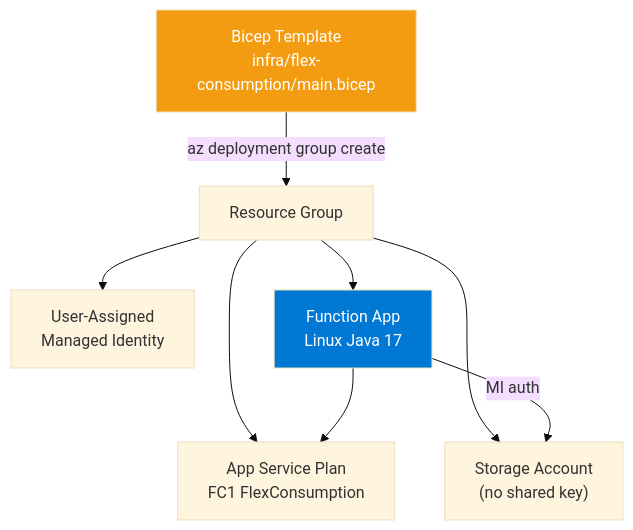
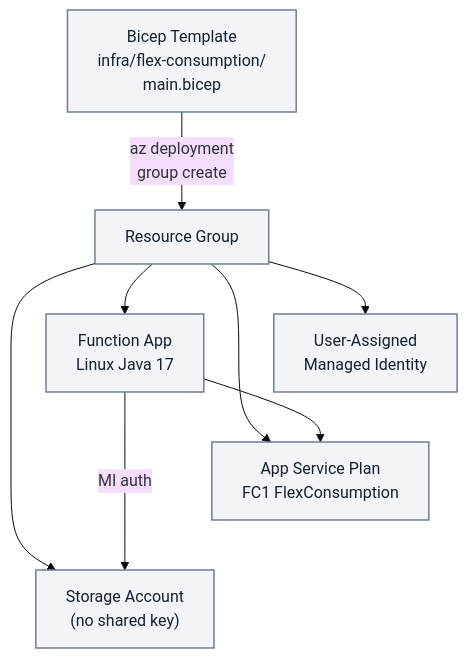
One commit to yeongseon/azure-functions-practical-guide changed the first of 2 diagrams in docs/language-guides/java/tutorial/flex-consumption/05-infrastructure-as-code.md. Above: the diagram before and after it, drawn with Mermaid (base theme). The commit also changed other lines of this file and 4 other files, not shown here.

First line of the commit message:
docs(diagrams): improve Java infrastructure tutorial maps (#498)

````diff
--- a/docs/language-guides/java/tutorial/flex-consumption/05-infrastructure-as-code.md
+++ b/docs/language-guides/java/tutorial/flex-consumption/05-infrastructure-as-code.md
@@ -64,13 +66,18 @@
 ```mermaid
 flowchart TD
-    BICEP["Bicep Template\ninfra/flex-consumption/main.bicep"] -->|"az deployment group create"| RG[Resource Group]
-    RG --> MI["User-Assigned\nManaged Identity"]
-    RG --> PLAN["App Service Plan\nFC1 FlexConsumption"]
-    RG --> ST["Storage Account\n(no shared key)"]
-    RG --> FA["Function App\nLinux Java 17"]
+    accTitle: Java Linux FC1 infrastructure configuration map
+    accDescr: Illustrative resource-group provisioning and configuration map for this Java 17 Linux FC1 tutorial. The shown user-assigned identity and identity-authenticated storage without shared keys are this example's configuration, not a requirement for every Flex app or evidence that permissions and host settings are complete. Arrows are logical provisioning and configuration associations, not network hops or serial creation order.
+    BICEP["Bicep Template<br/>infra/flex-consumption/<br/>main.bicep"] -->|"az deployment<br/>group create"| RG[Resource Group]
+    RG --> MI["User-Assigned<br/>Managed Identity"]
+    RG --> PLAN["App Service Plan<br/>FC1 FlexConsumption"]
+    RG --> ST["Storage Account<br/>(no shared key)"]
+    RG --> FA["Function App<br/>Linux Java 17"]
     FA --> PLAN
     FA -->|MI auth| ST
 
-    style BICEP fill:#f39c12,color:#fff
-    style FA fill:#0078d4,color:#fff
+    %% Layout-only tiers; add no resource dependencies, steps or visible arrows.
+    MI ~~~ PLAN
+    PLAN ~~~ ST
+    classDef baseNeutral fill:#f2f4f8,stroke:#707e93,stroke-width:1.5px,color:#14202e;
+    class BICEP,RG,MI,PLAN,ST,FA baseNeutral;
 ```
````
